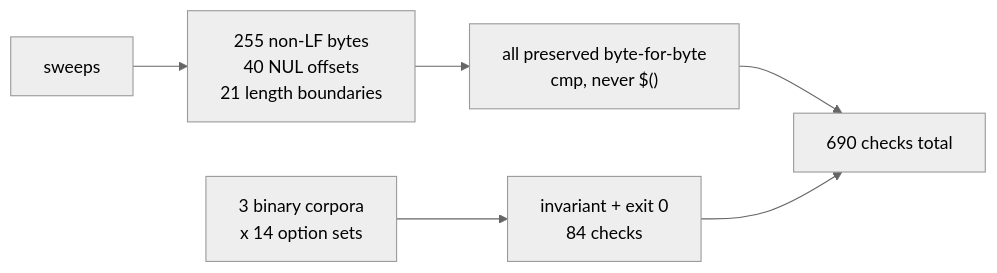
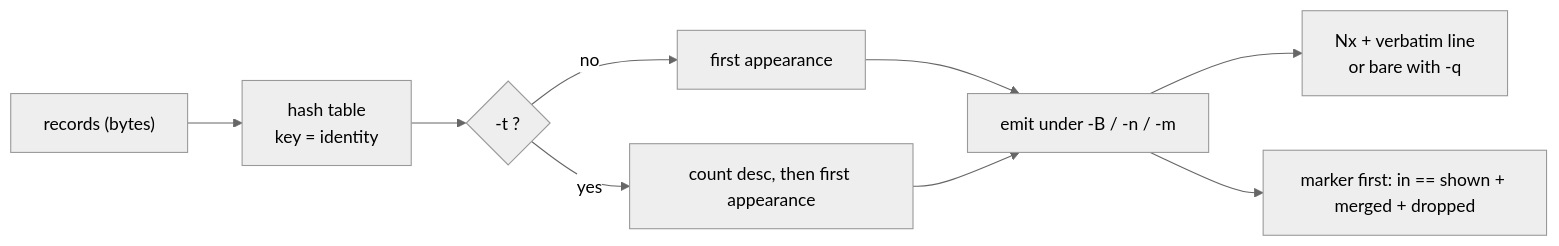
The diagram in docs/instructions/brief-a-generic-record-reducing-filter-that-never-edits-a-line.md (rob-c/busybox-static), drawn with Mermaid (neutral theme) before and after one commit. The commit also changed other lines of this file and 8 other files, not shown here.

````diff
--- a/docs/instructions/brief-a-generic-record-reducing-filter-that-never-edits-a-line.md
+++ b/docs/instructions/brief-a-generic-record-reducing-filter-that-never-edits-a-line.md
@@ -11,8 +43,11 @@
 ```mermaid
 flowchart LR
-  A["sweeps"] --> B["255 non-LF bytes<br/>40 NUL offsets<br/>21 length boundaries"]
-  B --> C["all preserved byte-for-byte<br/>cmp, never $()"]
-  D["3 binary corpora<br/>x 14 option sets"] --> E["invariant + exit 0<br/>84 checks"]
-  C --> F["690 checks total"]
-  E --> F
+  in["records (bytes)"] --> tbl["hash table<br/>key = identity"]
+  tbl --> ord{"-t ?"}
+  ord -->|no| first["first appearance"]
+  ord -->|yes| freq["count desc, then first appearance"]
+  first --> emit["emit under -B / -n / -m"]
+  freq --> emit
+  emit --> body["Nx + verbatim line<br/>or bare with -q"]
+  emit --> mark["marker first: in == shown + merged + dropped"]
 ```
````
